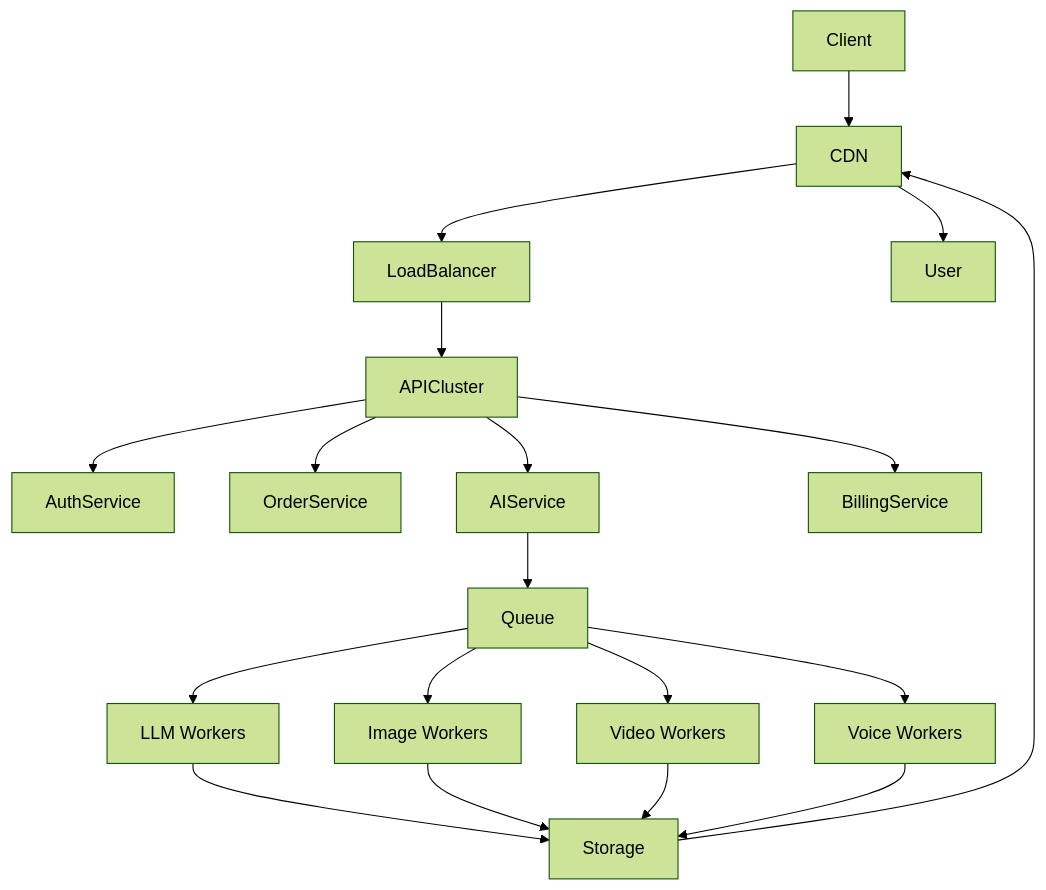
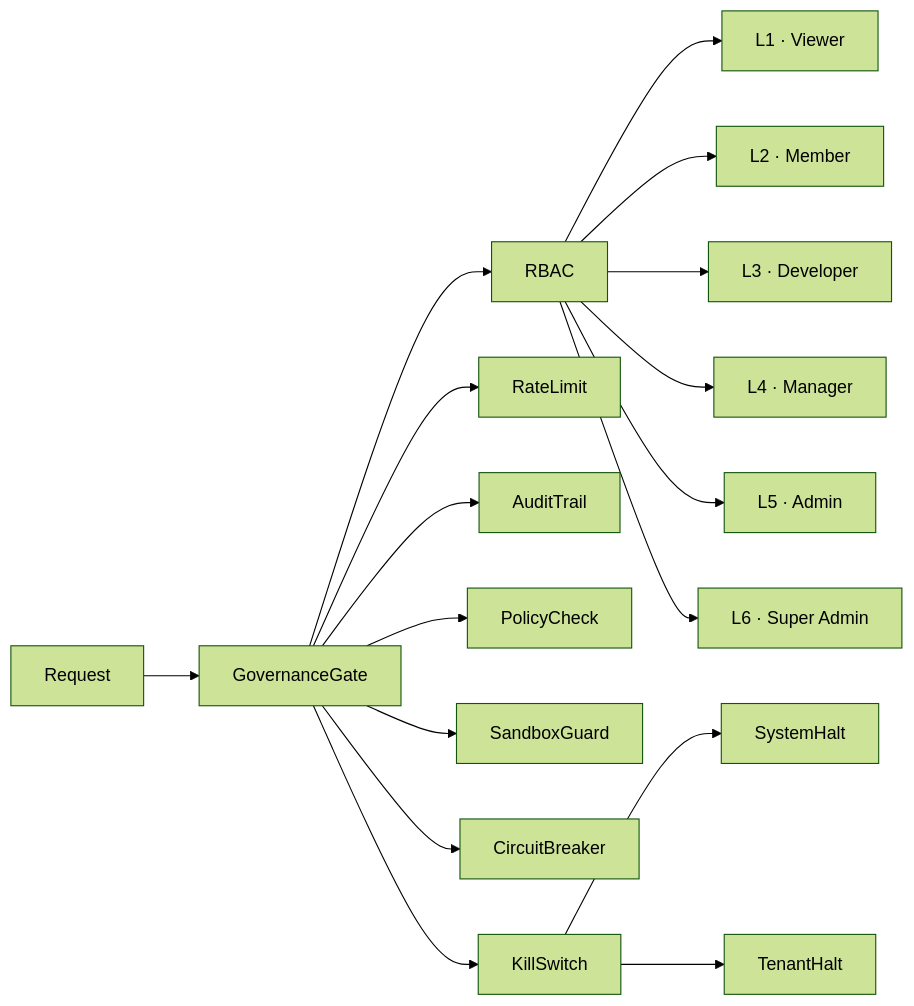
The third of 3 diagrams in README.md (nexivionlabs/nexivionlabs), drawn with Mermaid (forest theme) before and after one commit. The commit also changed other lines of this file, not shown here.

````diff
--- a/README.md
+++ b/README.md
@@ -89,32 +110,22 @@
 ```mermaid
-flowchart TB
+flowchart LR
+    Request --> GovernanceGate
 
-Client --> CDN
-CDN --> LoadBalancer
-LoadBalancer --> APICluster
+    GovernanceGate --> RBAC
+    GovernanceGate --> RateLimit
+    GovernanceGate --> AuditTrail
+    GovernanceGate --> PolicyCheck
+    GovernanceGate --> SandboxGuard
+    GovernanceGate --> CircuitBreaker
 
-APICluster --> AuthService
-APICluster --> OrderService
-APICluster --> AIService
-APICluster --> BillingService
+    RBAC --> L1[L1 · Viewer]
+    RBAC --> L2[L2 · Member]
+    RBAC --> L3[L3 · Developer]
+    RBAC --> L4[L4 · Manager]
+    RBAC --> L5[L5 · Admin]
+    RBAC --> L6[L6 · Super Admin]
 
-AIService --> Queue
-
-Queue --> WorkerA
-Queue --> WorkerB
-Queue --> WorkerC
-Queue --> WorkerD
-
-WorkerA[LLM Workers]
-WorkerB[Image Workers]
-WorkerC[Video Workers]
-WorkerD[Voice Workers]
-
-WorkerA --> Storage
-WorkerB --> Storage
-WorkerC --> Storage
-WorkerD --> Storage
-
-Storage --> CDN
-CDN --> User
+    GovernanceGate --> KillSwitch
+    KillSwitch --> SystemHalt
+    KillSwitch --> TenantHalt
 ```
````
